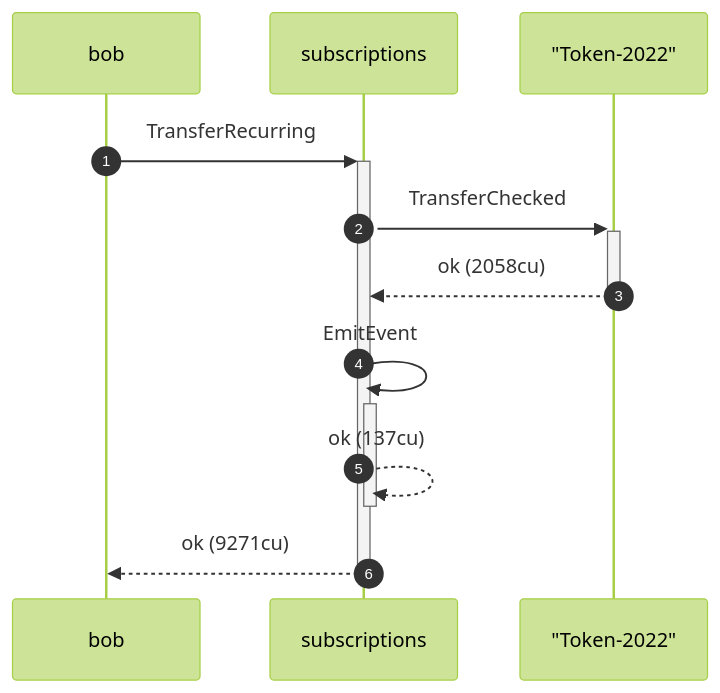
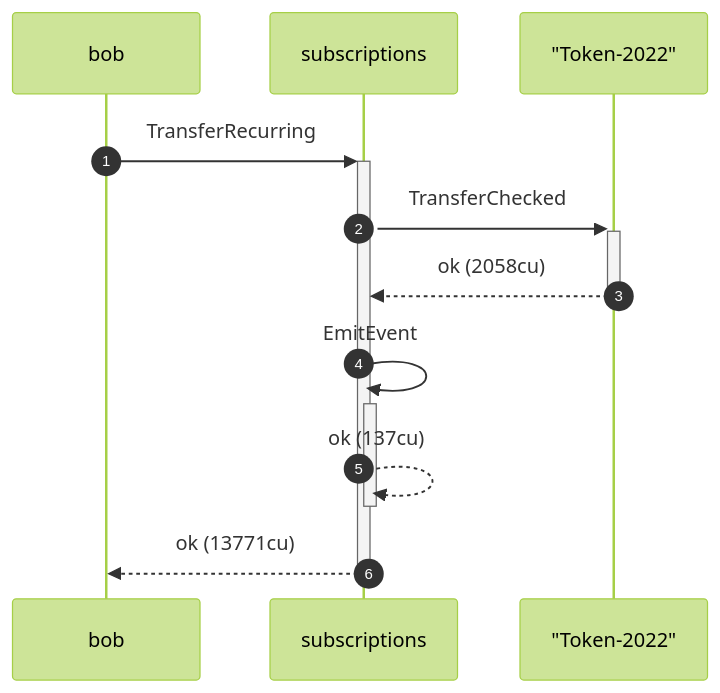
Before and after one commit to cds-rs/subscriptions: the tenth of 12 diagrams in dsl_tests/recurring-transfer-over-a-token-2022-confidential-transfer-mint.md, drawn with Mermaid (forest theme). The commit also changed other lines of this file and 224 other files, not shown here.

````diff
--- a/dsl_tests/recurring-transfer-over-a-token-2022-confidential-transfer-mint.md
+++ b/dsl_tests/recurring-transfer-over-a-token-2022-confidential-transfer-mint.md
@@ -198,13 +207,13 @@
 ```mermaid
 sequenceDiagram
     autonumber
     participant bob
     participant subscriptions
     participant Token_2022 as "Token-2022"
     bob ->>+ subscriptions: TransferRecurring
     subscriptions ->>+ Token_2022: TransferChecked
     Token_2022 -->>- subscriptions: ok (2058cu)
     subscriptions ->>+ subscriptions: EmitEvent
     subscriptions -->>- subscriptions: ok (137cu)
-    subscriptions -->>- bob: ok (9271cu)
+    subscriptions -->>- bob: ok (13771cu)
 ```
````
